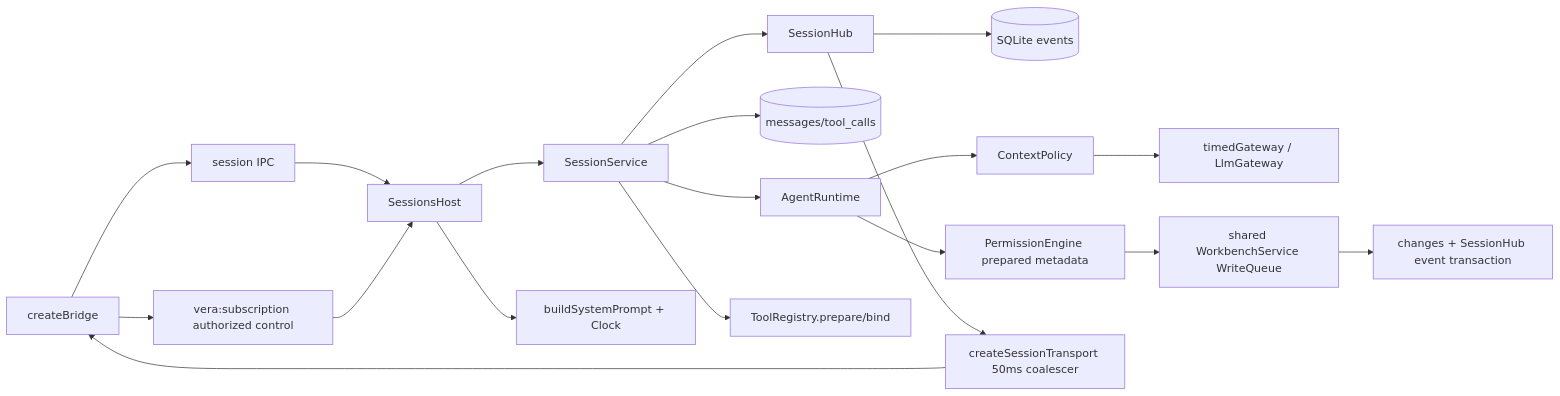
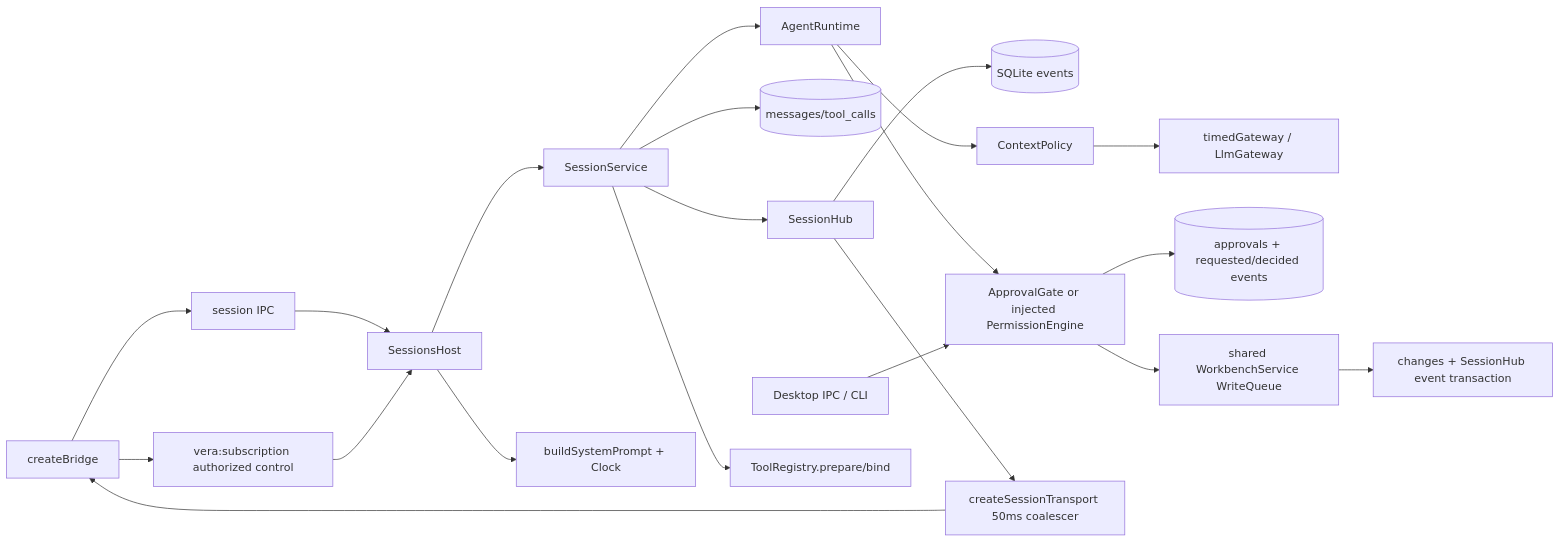
One commit to DDP-Engineering/2026_Virtual_Embedded_Rig_Assistant changed the diagram in .agentic/knowledge/sessions.md. Above: the diagram before and after it, drawn with Mermaid. The commit also changed other lines of this file and 55 other files, not shown here.

First line of the commit message:
feat(core): implement WP-17 Permission modes and approvals (#17, TASK-80851789)

````diff
--- a/.agentic/knowledge/sessions.md
+++ b/.agentic/knowledge/sessions.md
@@ -51,21 +53,23 @@
 ```mermaid
 flowchart LR
  bridge[createBridge] --> control[vera:subscription authorized control]
  bridge --> invokes[session IPC]
  invokes --> host[SessionsHost]
  control --> host
  host --> service[SessionService]
  service --> hub[SessionHub]
  hub --> events[(SQLite events)]
  service --> messages[(messages/tool_calls)]
  service --> runtime[AgentRuntime]
  runtime --> policy[ContextPolicy]
  policy --> gateway[timedGateway / LlmGateway]
- runtime --> permission[PermissionEngine prepared metadata]
+ runtime --> permission[ApprovalGate or injected PermissionEngine]
+ permission --> approval[(approvals + requested/decided events)]
+ decision[Desktop IPC / CLI] --> permission
  permission --> queue[shared WorkbenchService WriteQueue]
  queue --> changes[changes + SessionHub event transaction]
  service --> registry[ToolRegistry.prepare/bind]
  hub --> transport[createSessionTransport 50ms coalescer]
  transport --> bridge
  host --> prompt[buildSystemPrompt + Clock]
 ```
````
